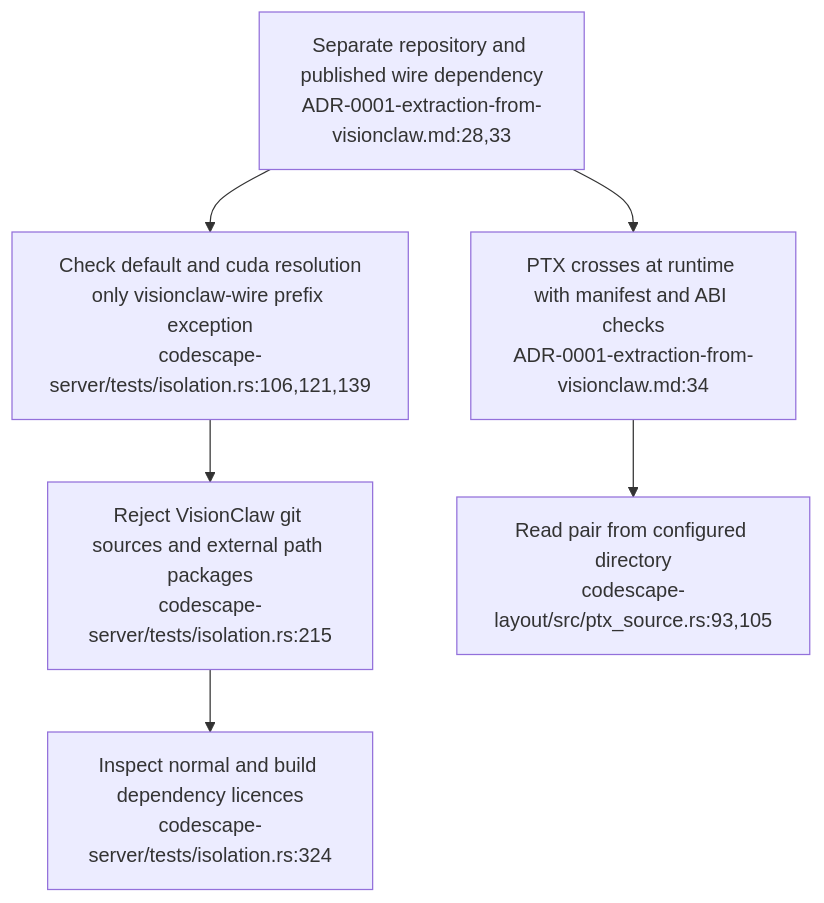
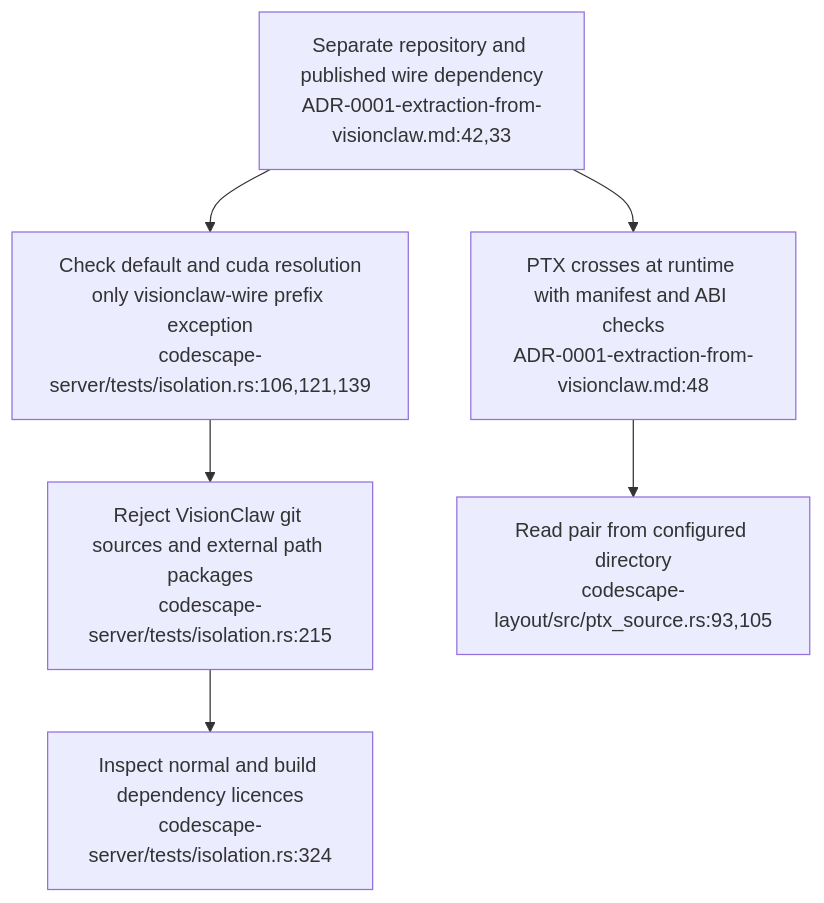
One commit to DreamLab-AI/VisionFlow changed the first of 4 diagrams in docs/diagrams/visionclaw/42-codescape-command-policy-and-runtime-artefacts.md. Above: the diagram before and after it, drawn with Mermaid. The commit also changed other lines of this file, not shown here.

Commit message:
docs(diagrams): VC-42 — re-stamp codescape at 4db47ba (ADR-0001 anchors +14)
Checked because the triage hit its per-run cap. Codescape's only change is a
scoped presence-review note in ADR-0001 and BASELINE; this topic cites neither
presence code nor the note, so its claims stand and only the two ADR-0001
anchors moved.

````diff
--- a/docs/diagrams/visionclaw/42-codescape-command-policy-and-runtime-artefacts.md
+++ b/docs/diagrams/visionclaw/42-codescape-command-policy-and-runtime-artefacts.md
@@ -35,8 +35,8 @@
 ```mermaid
 flowchart TD
-    DEC["Separate repository and published wire dependency<br/>ADR-0001-extraction-from-visionclaw.md:28,33"] --> ISO["Check default and cuda resolution<br/>only visionclaw-wire prefix exception<br/>codescape-server/tests/isolation.rs:106,121,139"]
+    DEC["Separate repository and published wire dependency<br/>ADR-0001-extraction-from-visionclaw.md:42,33"] --> ISO["Check default and cuda resolution<br/>only visionclaw-wire prefix exception<br/>codescape-server/tests/isolation.rs:106,121,139"]
     ISO --> PATH["Reject VisionClaw git sources and external path packages<br/>codescape-server/tests/isolation.rs:215"]
     PATH --> LIC["Inspect normal and build dependency licences<br/>codescape-server/tests/isolation.rs:324"]
-    DEC --> GPU["PTX crosses at runtime with manifest and ABI checks<br/>ADR-0001-extraction-from-visionclaw.md:34"]
+    DEC --> GPU["PTX crosses at runtime with manifest and ABI checks<br/>ADR-0001-extraction-from-visionclaw.md:48"]
     GPU --> LOAD["Read pair from configured directory<br/>codescape-layout/src/ptx_source.rs:93,105"]
 ```
````
